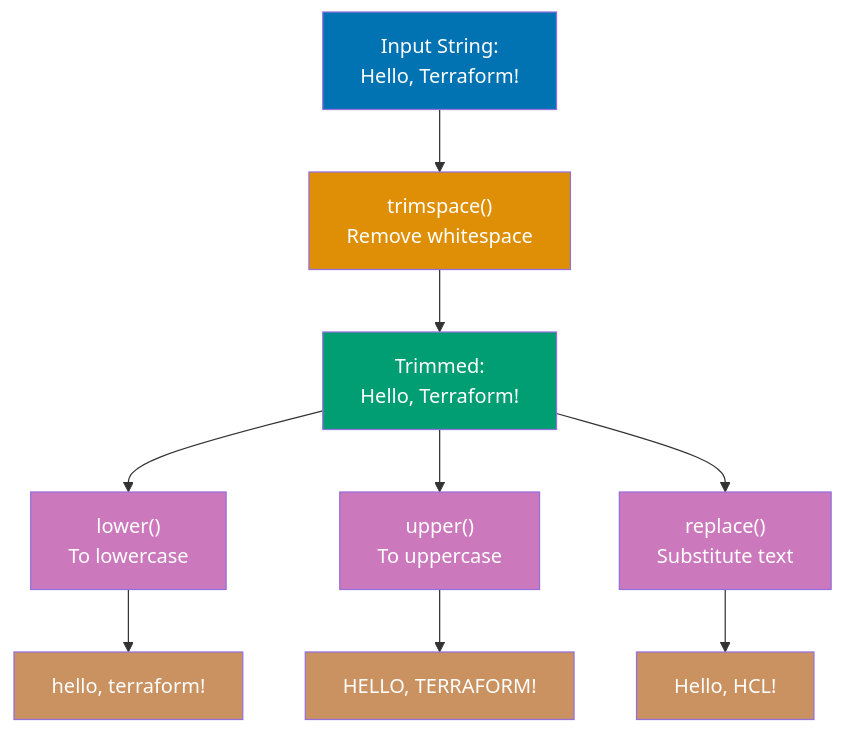
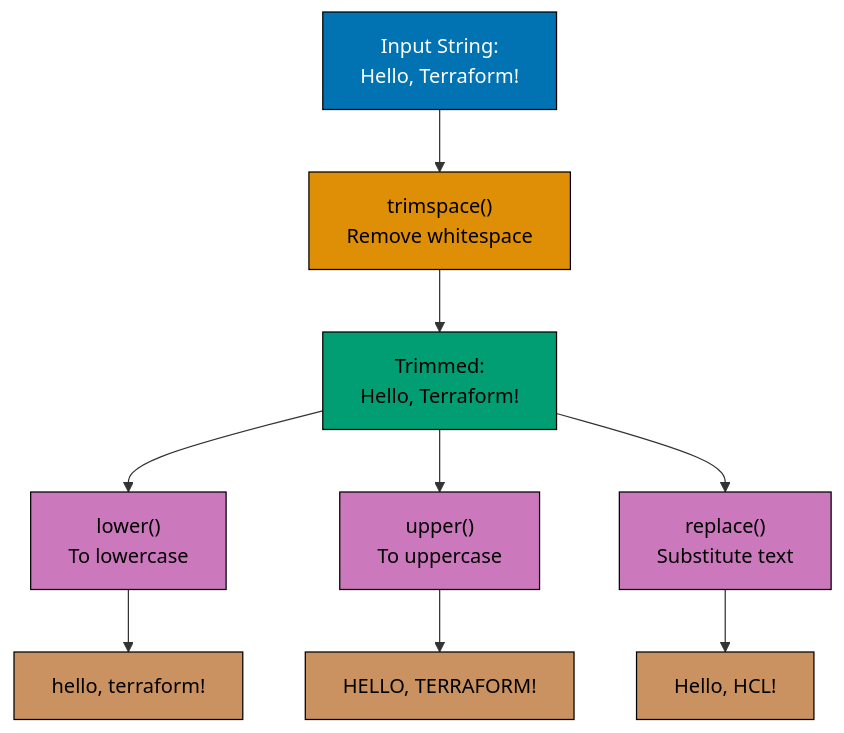
The second of 6 diagrams in apps/ayokoding-www/content/en/learn/legacy/software-engineering/infrastructure/tools/terraform/by-example/beginner.md (wahidyankf/ose-public), drawn with Mermaid before and after one commit. The commit also changed other lines of this file and 131 other files, not shown here.

First line of the commit message:
fix(mermaid): bring the legacy data, infrastructure, and testing diagrams onto the accessible palette

````diff
--- a/apps/ayokoding-www/content/en/learn/legacy/software-engineering/infrastructure/tools/terraform/by-example/beginner.md
+++ b/apps/ayokoding-www/content/en/learn/legacy/software-engineering/infrastructure/tools/terraform/by-example/beginner.md
@@ -513,22 +521,30 @@
 ```mermaid
 %% Color Palette: Blue #0173B2, Orange #DE8F05, Teal #029E73, Purple #CC78BC, Brown #CA9161
 graph TD
+ accTitle: Example 6: HCL Functions
+ accDescr: Graph with 9 nodes and 8 connections. Nodes: Input String: Hello, Terraform!, trimspace4041 Remove whitespace, Trimmed: Hello, Terraform!, lower4041 To lowercase, upper4041 To uppercase, replace4041 Substitute text, hello, terraform!, HELLO, TERRAFORM!, Hello, HCL!. Connections: Input String: Hello, Terraform! to trimspace4041 Remove whitespace, trimspace4041 Remove whitespace to Trimmed: Hello, Terraform!, Trimmed: Hello, Terraform! to lower4041 To lowercase, Trimmed: Hello, Terraform! to upper4041 To uppercase, Trimmed: Hello, Terraform! to replace4041 Substitute text, lower4041 To lowercase to hello, terraform!, upper4041 To uppercase to HELLO, TERRAFORM!, replace4041 Substitute text to Hello, HCL!.
  A["Input String:<br/> Hello, Terraform! "] --> B["trimspace#40;#41;<br/>Remove whitespace"]
  B --> C["Trimmed:<br/>Hello, Terraform!"]
  C --> D1["lower#40;#41;<br/>To lowercase"]
  C --> D2["upper#40;#41;<br/>To uppercase"]
  C --> D3["replace#40;#41;<br/>Substitute text"]
  D1 --> E1["hello, terraform!"]
  D2 --> E2["HELLO, TERRAFORM!"]
  D3 --> E3["Hello, HCL!"]
 
- style A fill:#0173B2,color:#fff
- style B fill:#DE8F05,color:#fff
- style C fill:#029E73,color:#fff
- style D1 fill:#CC78BC,color:#fff
- style D2 fill:#CC78BC,color:#fff
- style D3 fill:#CC78BC,color:#fff
- style E1 fill:#CA9161,color:#fff
- style E2 fill:#CA9161,color:#fff
- style E3 fill:#CA9161,color:#fff
+ classDef pal-0173B2 fill:#0173B2,stroke:#000000,color:#FFFFFF
+ class A pal-0173B2
+ classDef pal-DE8F05 fill:#DE8F05,stroke:#000000,color:#000000
+ class B pal-DE8F05
+ classDef pal-029E73 fill:#029E73,stroke:#000000,color:#000000
+ class C pal-029E73
+ classDef pal-CC78BC fill:#CC78BC,stroke:#000000,color:#000000
+ class D1 pal-CC78BC
+ class D2 pal-CC78BC
+ class D3 pal-CC78BC
+ classDef pal-CA9161 fill:#CA9161,stroke:#000000,color:#000000
+ class E1 pal-CA9161
+ class E2 pal-CA9161
+ class E3 pal-CA9161
+ classDef default fill:#FFFFFF,stroke:#000000,color:#000000
 ```
````
